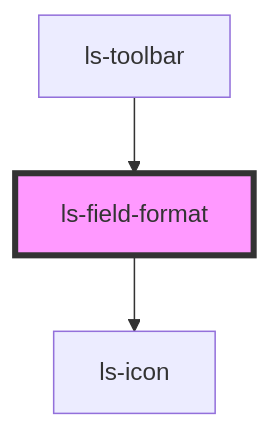
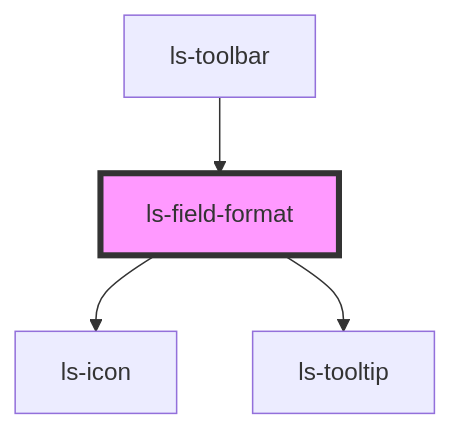
Before and after one commit to legalesign/ls-document-viewer: the diagram in src/components/ls-field-format/readme.md, drawn with Mermaid. The commit also changed other lines of this file and 14 other files, not shown here.

````diff
--- a/src/components/ls-field-format/readme.md
+++ b/src/components/ls-field-format/readme.md
@@ -34,6 +35,7 @@
 ```mermaid
 graph TD;
   ls-field-format --> ls-icon
+  ls-field-format --> ls-tooltip
   ls-toolbar --> ls-field-format
   style ls-field-format fill:#f9f,stroke:#333,stroke-width:4px
 ```
````
